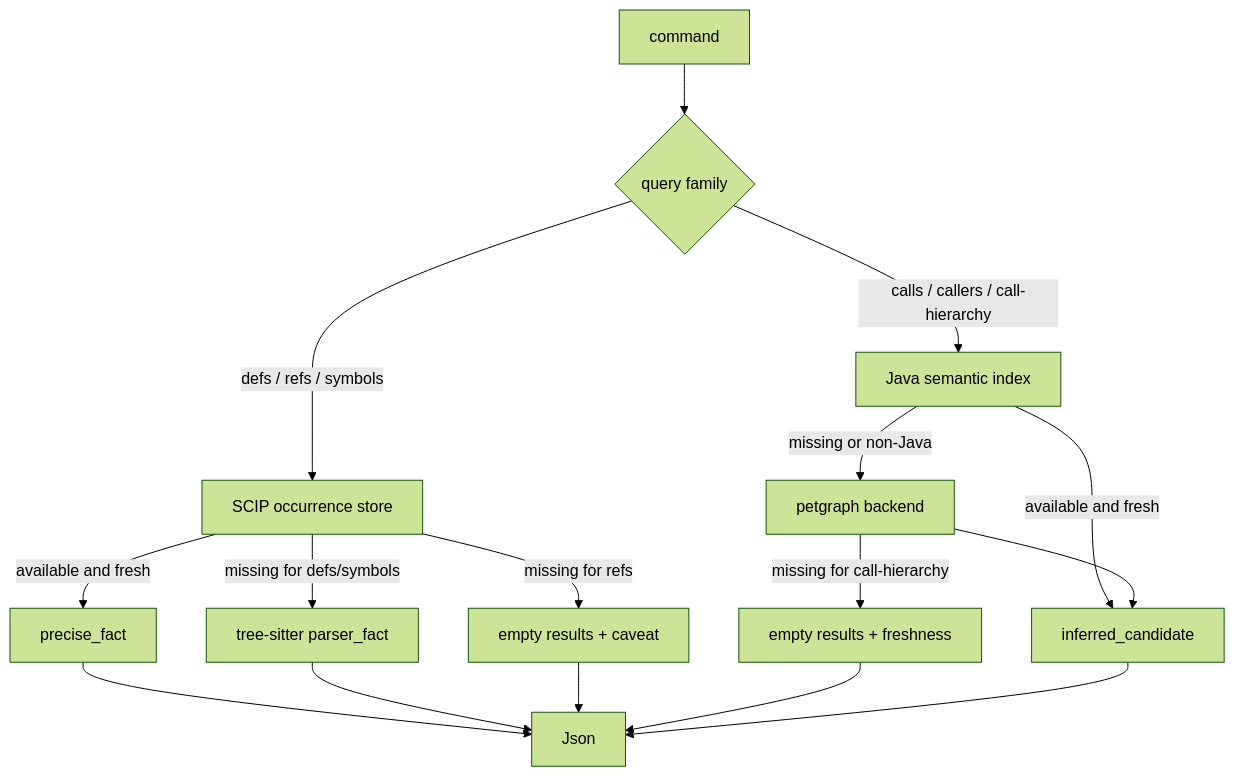
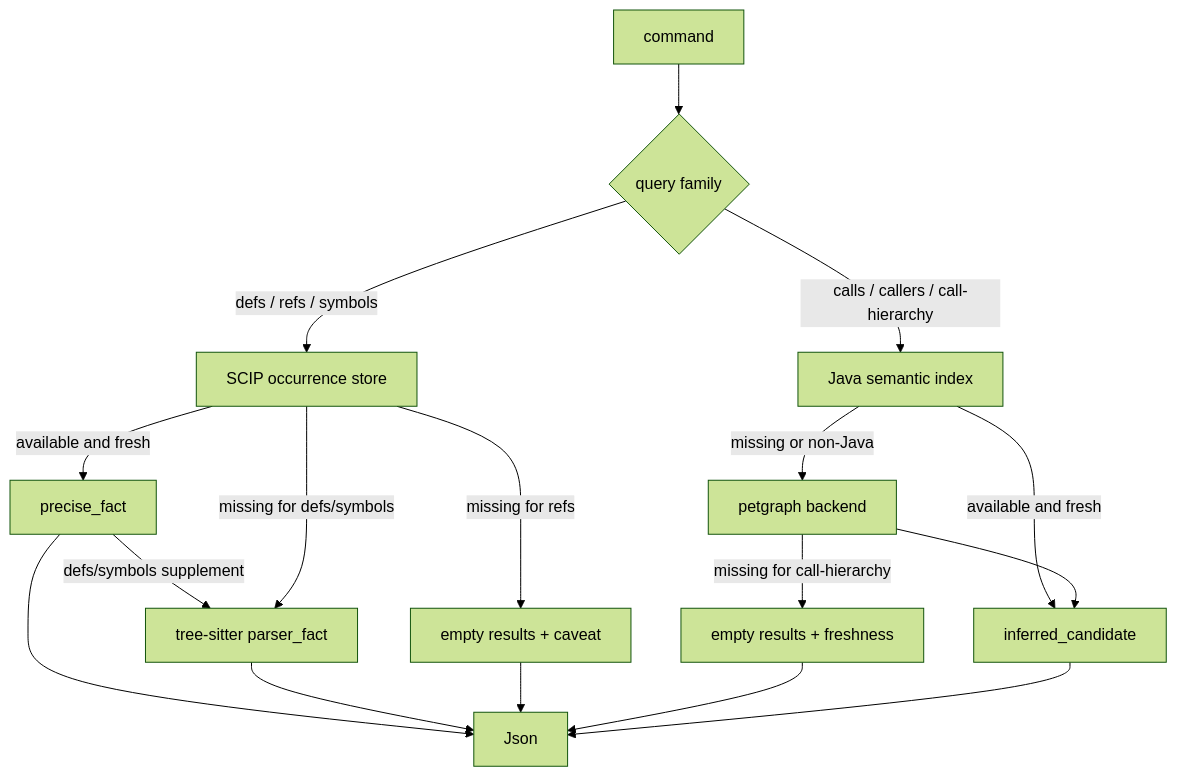
The third of 6 diagrams in docs/01-architecture.md (mars167/CodeTrail), drawn with Mermaid (forest theme) before and after one commit. The commit also changed other lines of this file and 10 other files, not shown here.

````diff
--- a/docs/01-architecture.md
+++ b/docs/01-architecture.md
@@ -62,21 +62,22 @@
 ```mermaid
 flowchart TD
   Cmd["command"] --> Kind{"query family"}
 
   Kind -->|defs / refs / symbols| Scip["SCIP occurrence store"]
   Scip -->|available and fresh| Precise["precise_fact"]
-  Scip -->|missing for defs/symbols| Fallback["tree-sitter parser_fact"]
+  Precise -->|defs/symbols supplement| Fallback["tree-sitter parser_fact"]
+  Scip -->|missing for defs/symbols| Fallback
   Scip -->|missing for refs| Reject["empty results + caveat"]
 
   Kind -->|calls / callers / call-hierarchy| JavaSem["Java semantic index"]
   JavaSem -->|available and fresh| Candidate["inferred_candidate"]
   JavaSem -->|missing or non-Java| Graph["petgraph backend"]
   Graph -->|missing for call-hierarchy| RejectHierarchy["empty results + freshness"]
   Graph --> Candidate
 
   Precise --> Json
   Fallback --> Json
   Reject --> Json
   RejectHierarchy --> Json
   Candidate --> Json
 ```
````
